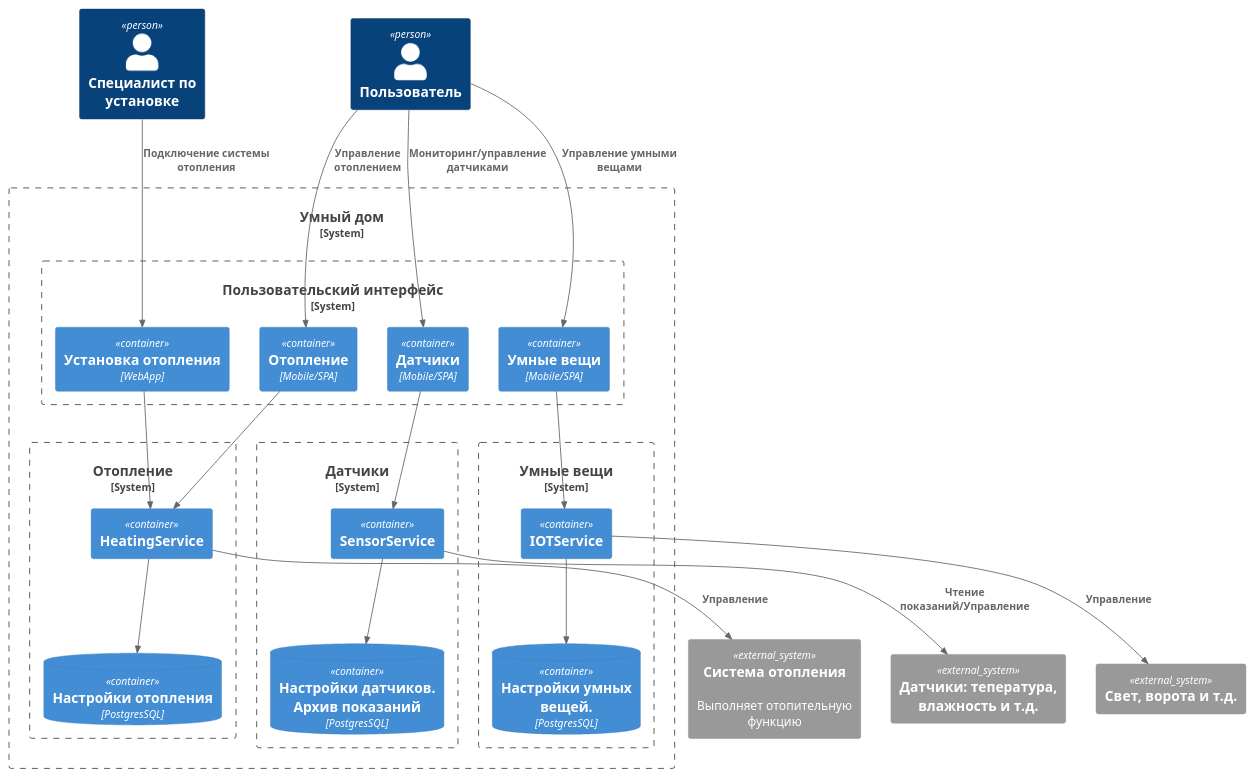
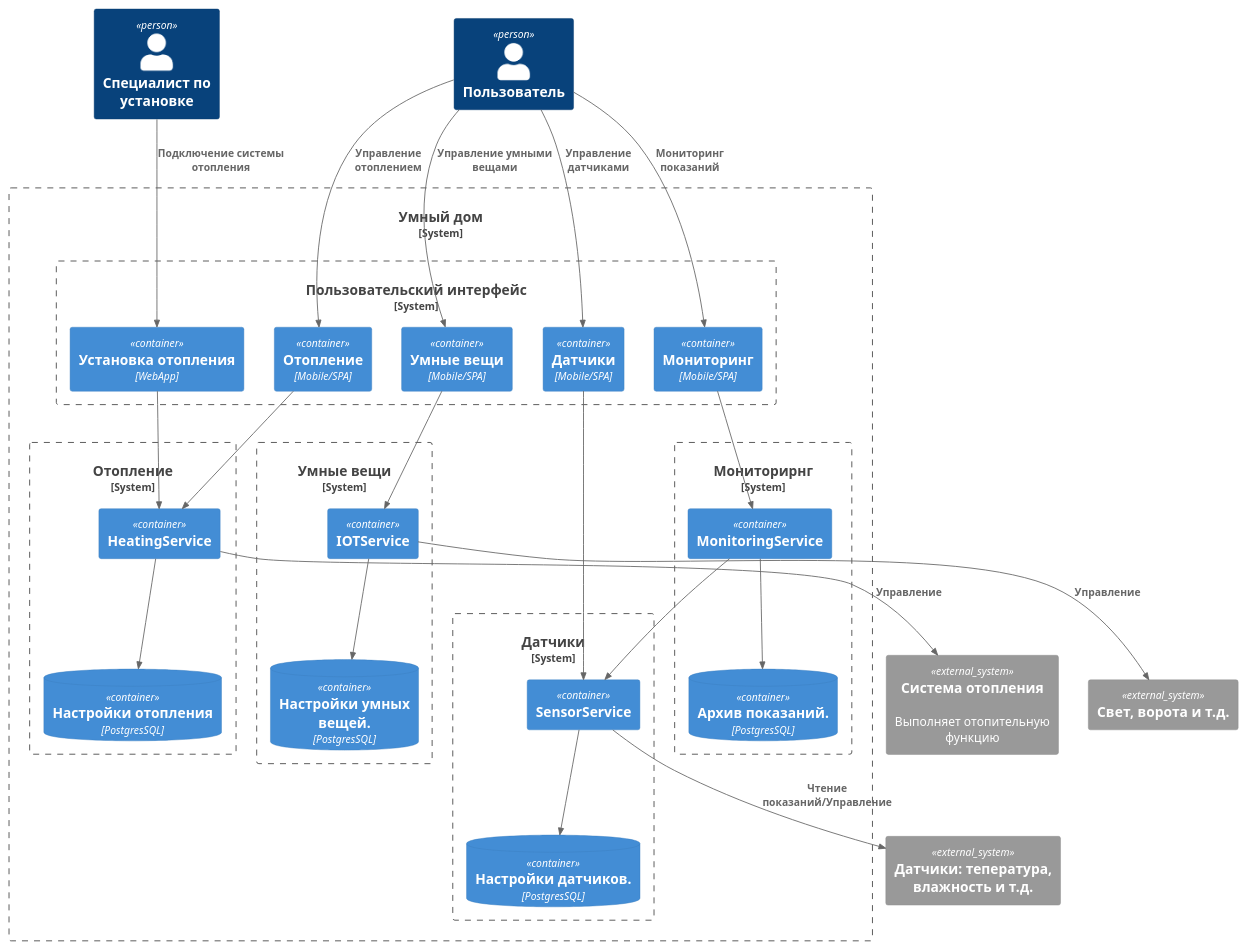
Before and after one commit to vladimir-kulgun/architecture-pro-warmhouse: the diagram in schemas/TO-BE/container.puml, drawn with PlantUML.

Commit message:
monitoring_service

```diff
--- a/schemas/TO-BE/container.puml
+++ b/schemas/TO-BE/container.puml
@@ -1,54 +1,66 @@
 @startuml
 !include https://raw.githubusercontent.com/plantuml-stdlib/C4-PlantUML/master/C4_Container.puml
 
 Person(engineer, "Специалист по установке")
 Person(user, "Пользователь")
 
 System_Boundary(smartHome, "Умный дом") {
 
   System_Boundary(front_end, "Пользовательский интерфейс") {
     Container(warm_house_fe, "Установка отопления", "WebApp")
     Container(heating_fe, "Отопление", "Mobile/SPA")
 
     Container(sensors_fe, "Датчики", "Mobile/SPA")
     Container(iot_fe, "Умные вещи", "Mobile/SPA")
+    Container(monitoring_fe, "Мониторинг", "Mobile/SPA")
   }
   
   System_Boundary(heating_be, "Отопление") {
     Container(heating_service, "HeatingService", "")
     ContainerDb(heating_db, "Настройки отопления", "PostgresSQL")
   }
 
   System_Boundary(sensors_be, "Датчики") {
     Container(sensors_service, "SensorService", "")
-    ContainerDb(sensors_db, "Настройки датчиков. Архив показаний", "PostgresSQL")
+    ContainerDb(sensors_db, "Настройки датчиков.", "PostgresSQL")
   }
 
   System_Boundary(iot_be, "Умные вещи") {
     Container(iot_service, "IOTService", "")
     ContainerDb(iot_db, "Настройки умных вещей.", "PostgresSQL")
   }
+
+  System_Boundary(monitoring_be, "Мониторирнг") {
+    Container(monitoring_service, "MonitoringService", "")
+    ContainerDb(monitoring_db, "Архив показаний.", "PostgresSQL")
+  }
+
 
 }
 
 Rel(user, heating_fe, "Управление отоплением")
 Rel(engineer, warm_house_fe, "Подключение системы отопления")
 System_Ext(heating_system, "Система отопления", "Выполняет отопительную функцию")
 Rel(heating_fe, heating_service, "")
 Rel(warm_house_fe, heating_service, "")
 Rel(heating_service, heating_db, "")
 Rel(heating_service, heating_system, "Управление")
 
-Rel(user, sensors_fe, "Мониторинг/управление датчиками")
+Rel(user, sensors_fe, "Управление датчиками")
 System_Ext(sensors, "Датчики: тепература, влажность и т.д.", "")
 Rel(sensors_fe, sensors_service, "")
 Rel(sensors_service, sensors_db, "")
 Rel(sensors_service, sensors, "Чтение показаний/Управление")
 
 Rel(user, iot_fe, "Управление умными вещами")
 System_Ext(iot, "Свет, ворота и т.д.", "")
 Rel(iot_fe, iot_service, "")
 Rel(iot_service, iot_db, "")
 Rel(iot_service, iot, "Управление")
 
+Rel(user, monitoring_fe, "Мониторинг показаний")
+Rel(monitoring_fe, monitoring_service, "")
+Rel(monitoring_service, sensors_service, "")
+Rel(monitoring_service, monitoring_db, "")
+
 @enduml
```
